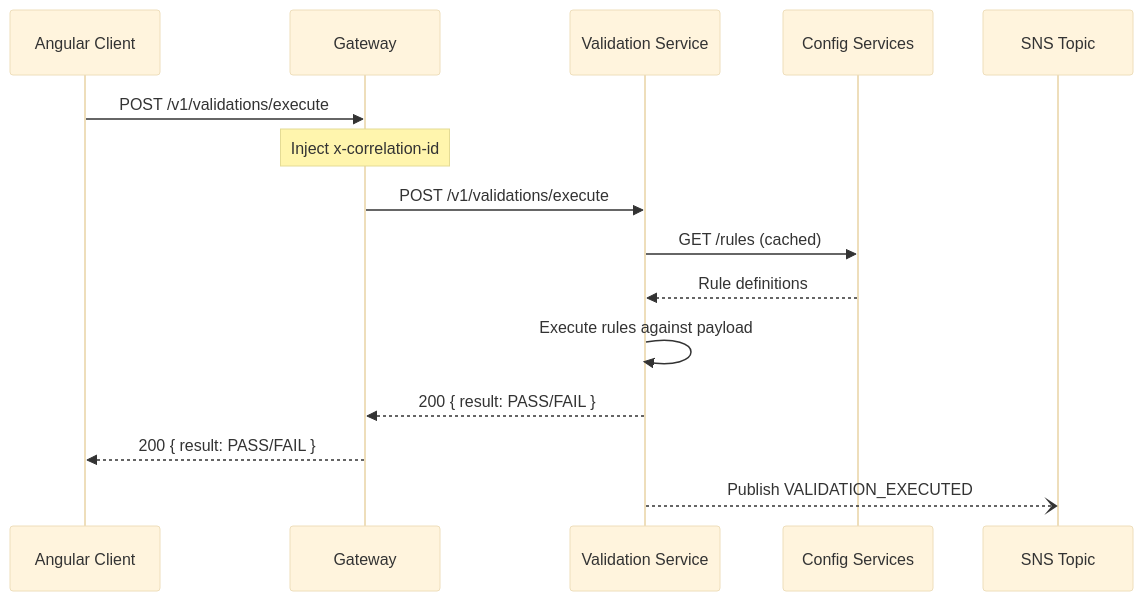
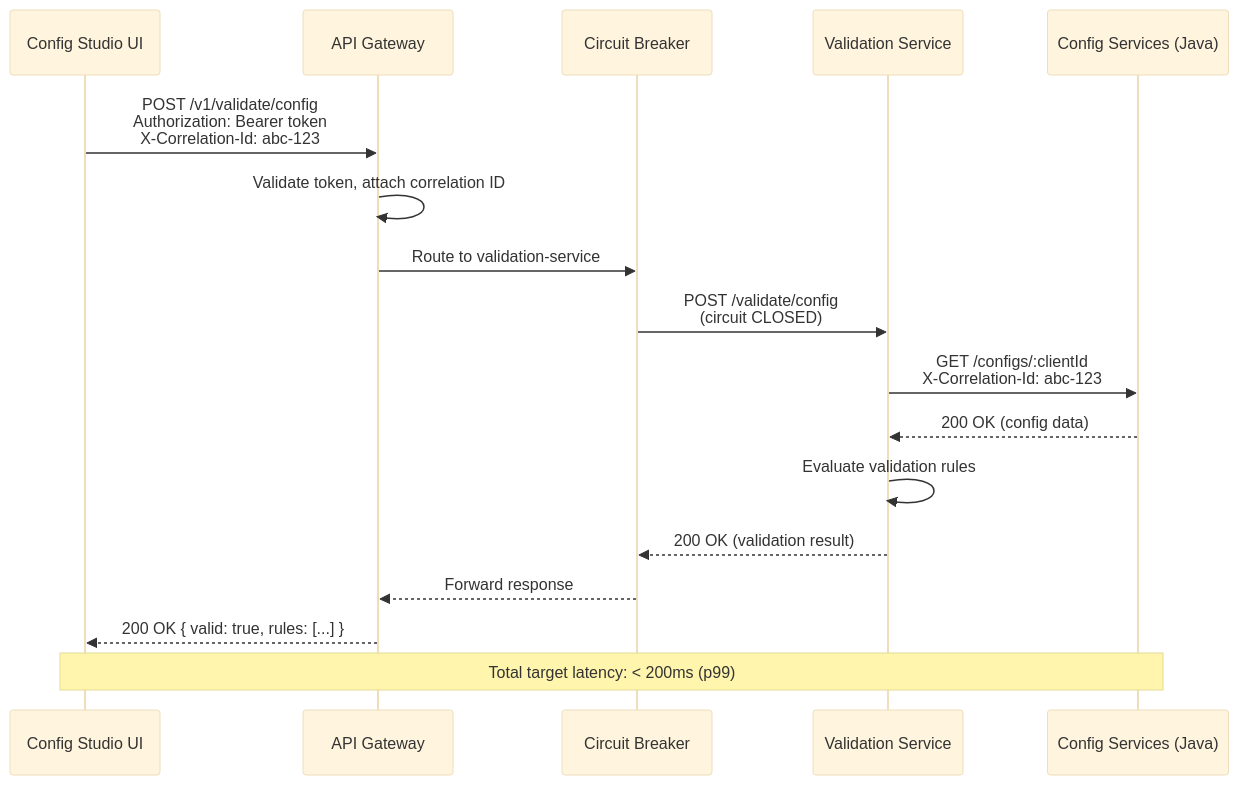
Before and after one commit to rsanchez-disney/steer-runtime: the third of 7 diagrams in tests/orchestration/architecture_spec_agent.md, drawn with Mermaid (base theme). The commit also changed other lines of this file and 6 other files, not shown here.

````diff
--- a/tests/orchestration/architecture_spec_agent.md
+++ b/tests/orchestration/architecture_spec_agent.md
@@ -321,18 +324,21 @@
 ```mermaid
 sequenceDiagram
-    participant UI as Angular Client
-    participant GW as Gateway
+    participant UI as Config Studio UI
+    participant GW as API Gateway
+    participant CB as Circuit Breaker
     participant VS as Validation Service
-    participant CS as Config Services
-    participant SNS as SNS Topic
+    participant CS as Config Services (Java)
 
-    UI->>GW: POST /v1/validations/execute
-    Note over GW: Inject x-correlation-id
-    GW->>VS: POST /v1/validations/execute
-    VS->>CS: GET /rules (cached)
-    CS-->>VS: Rule definitions
-    VS->>VS: Execute rules against payload
-    VS-->>GW: 200 { result: PASS/FAIL }
-    GW-->>UI: 200 { result: PASS/FAIL }
-    VS--)SNS: Publish VALIDATION_EXECUTED
+    UI->>GW: POST /v1/validate/config<br/>Authorization: Bearer token<br/>X-Correlation-Id: abc-123
+    GW->>GW: Validate token, attach correlation ID
+    GW->>CB: Route to validation-service
+    CB->>VS: POST /validate/config<br/>(circuit CLOSED)
+    VS->>CS: GET /configs/:clientId<br/>X-Correlation-Id: abc-123
+    CS-->>VS: 200 OK (config data)
+    VS->>VS: Evaluate validation rules
+    VS-->>CB: 200 OK (validation result)
+    CB-->>GW: Forward response
+    GW-->>UI: 200 OK { valid: true, rules: [...] }
+
+    Note over UI,CS: Total target latency: < 200ms (p99)
 ```
````
